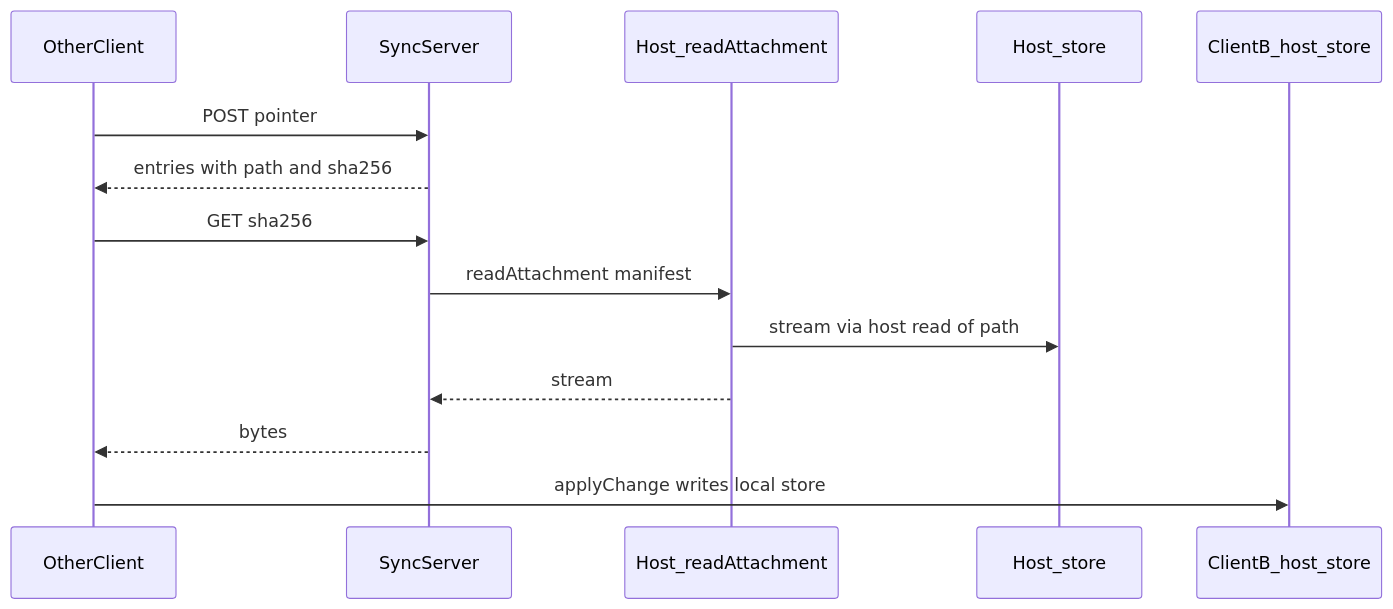
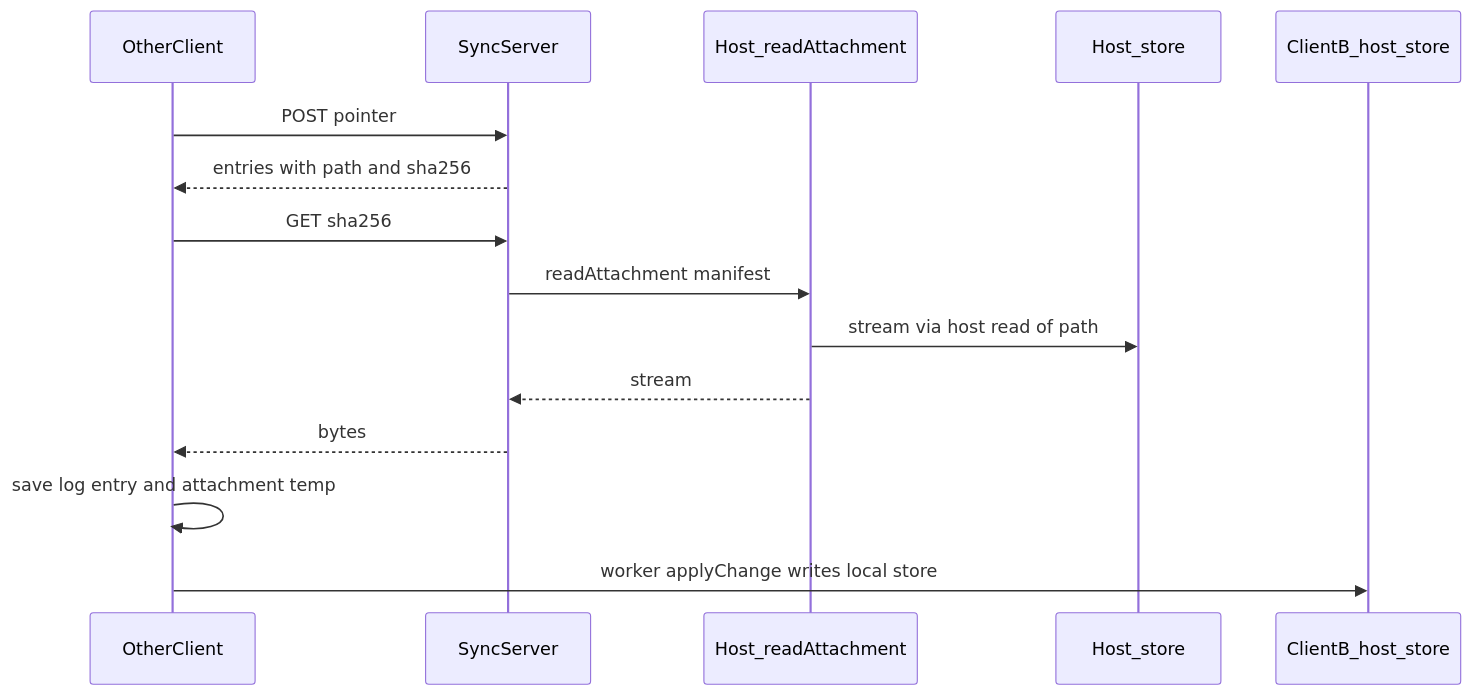
The second of 2 diagrams in docs/A1-2-attachment-internal-uri.md (juntjtang18/syncbridge), drawn with Mermaid before and after one commit. The commit also changed other lines of this file and 13 other files, not shown here.

First line of the commit message:
Ack a saved log before apply so sync returns without waiting for the business write.

````diff
--- a/docs/A1-2-attachment-internal-uri.md
+++ b/docs/A1-2-attachment-internal-uri.md
@@ -91,17 +92,18 @@
 ```mermaid
 sequenceDiagram
   participant ClientB as OtherClient
   participant Server as SyncServer
   participant Host as Host_readAttachment
   participant Store as Host_store
   participant AppB as ClientB_host_store
 
   ClientB->>Server: POST pointer
   Server-->>ClientB: entries with path and sha256
   ClientB->>Server: GET sha256
   Server->>Host: readAttachment manifest
   Host->>Store: stream via host read of path
   Host-->>Server: stream
   Server-->>ClientB: bytes
-  ClientB->>AppB: applyChange writes local store
+  ClientB->>ClientB: save log entry and attachment temp
+  ClientB->>AppB: worker applyChange writes local store
 ```
````
